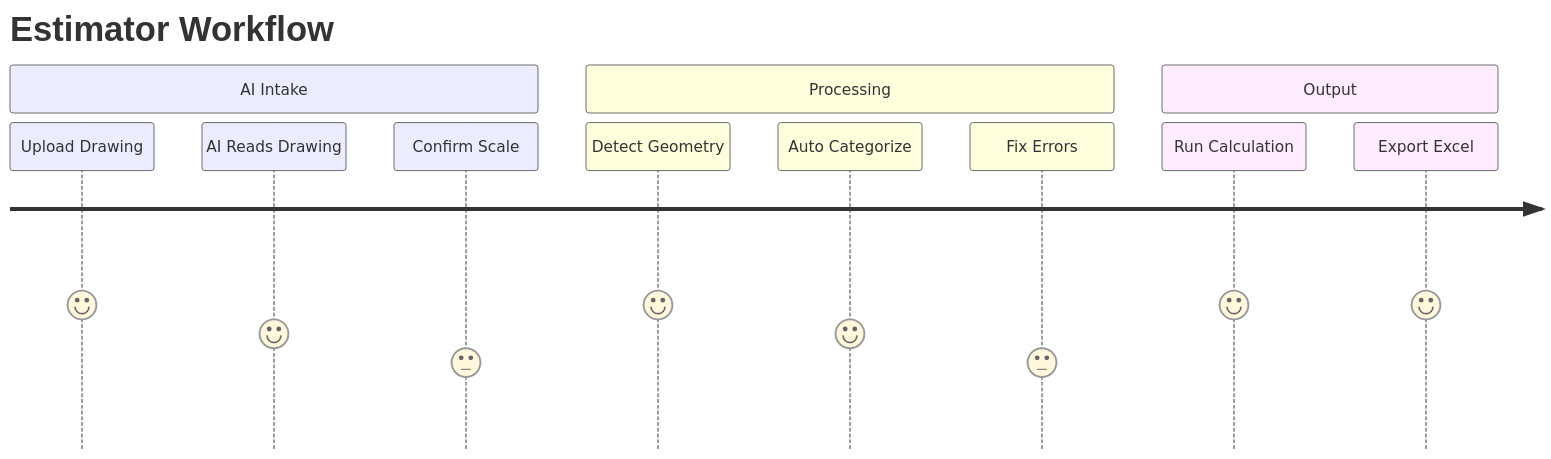
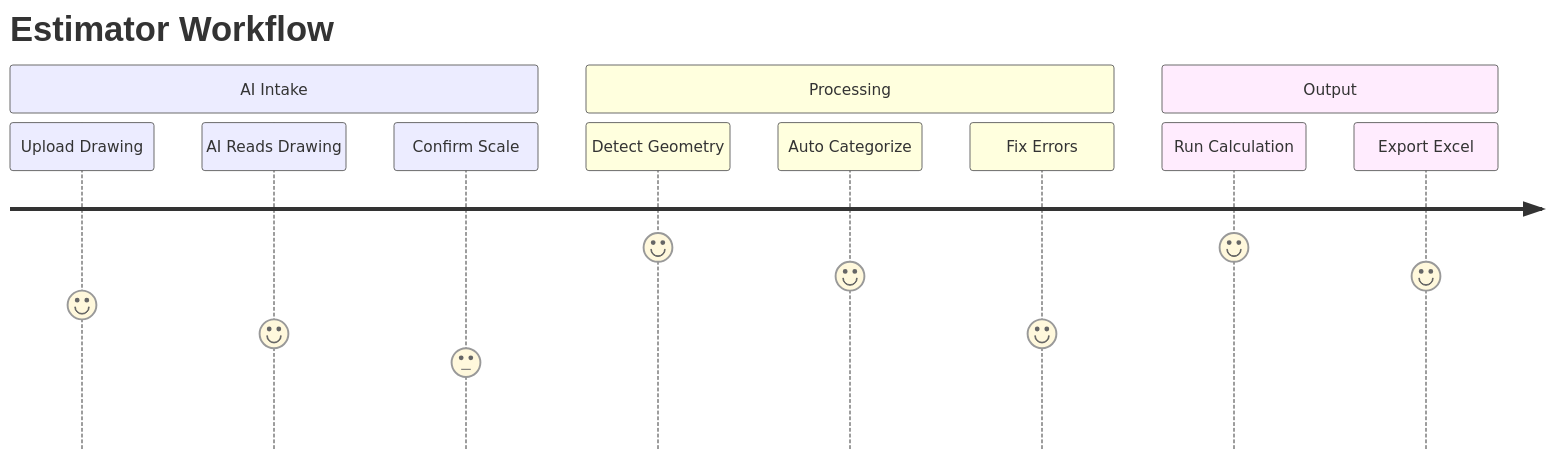
The third of 3 diagrams in Docs/06_AI_CoNSoL-Takeoff/0601_CoNSoL-TakeOff_AI.md (AhmedGalalIsmail/CoNSoL-TakeOff-Docs), drawn with Mermaid before and after one commit. The commit also changed other lines of this file, not shown here.

````diff
--- a/Docs/06_AI_CoNSoL-Takeoff/0601_CoNSoL-TakeOff_AI.md
+++ b/Docs/06_AI_CoNSoL-Takeoff/0601_CoNSoL-TakeOff_AI.md
@@ -85,18 +170,18 @@
 ```mermaid
 journey
     title Estimator Workflow
 
     section AI Intake
       Upload Drawing: 5
       AI Reads Drawing: 4
       Confirm Scale: 3
 
     section Processing
-      Detect Geometry: 5
-      Auto Categorize: 4
-      Fix Errors: 3
+      Detect Geometry: 7
+      Auto Categorize: 6
+      Fix Errors: 4
 
     section Output
-      Run Calculation: 5
-      Export Excel: 5 
+      Run Calculation: 7
+      Export Excel: 6
 ```
````
